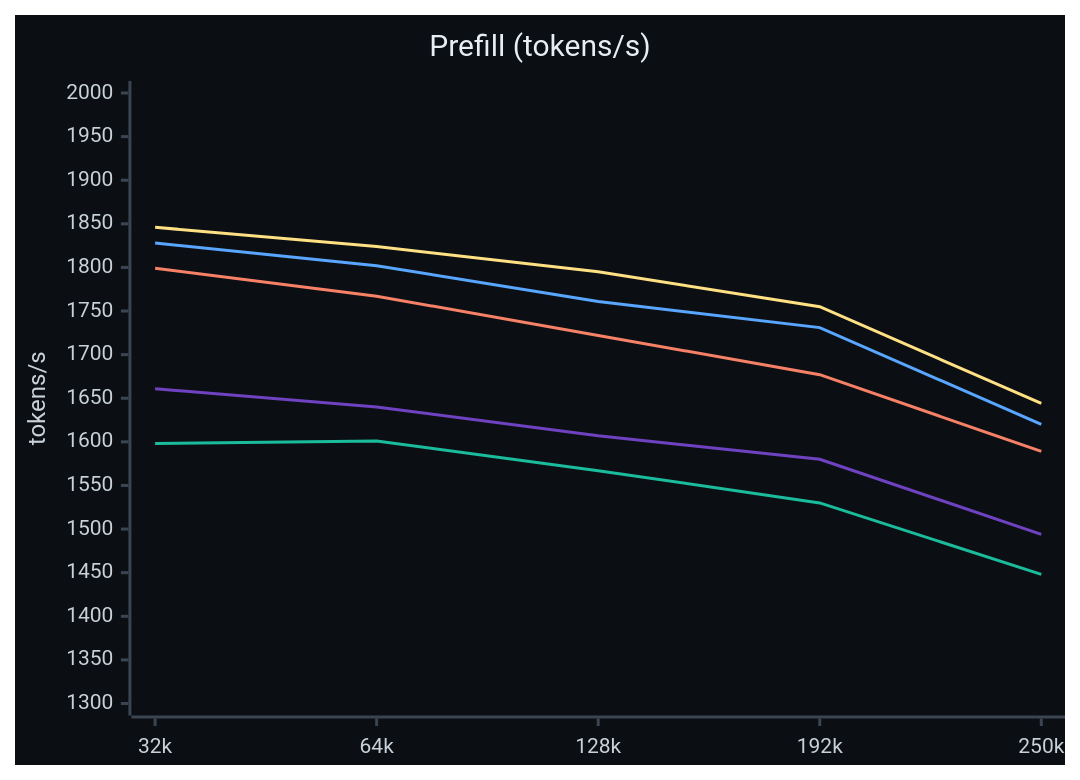
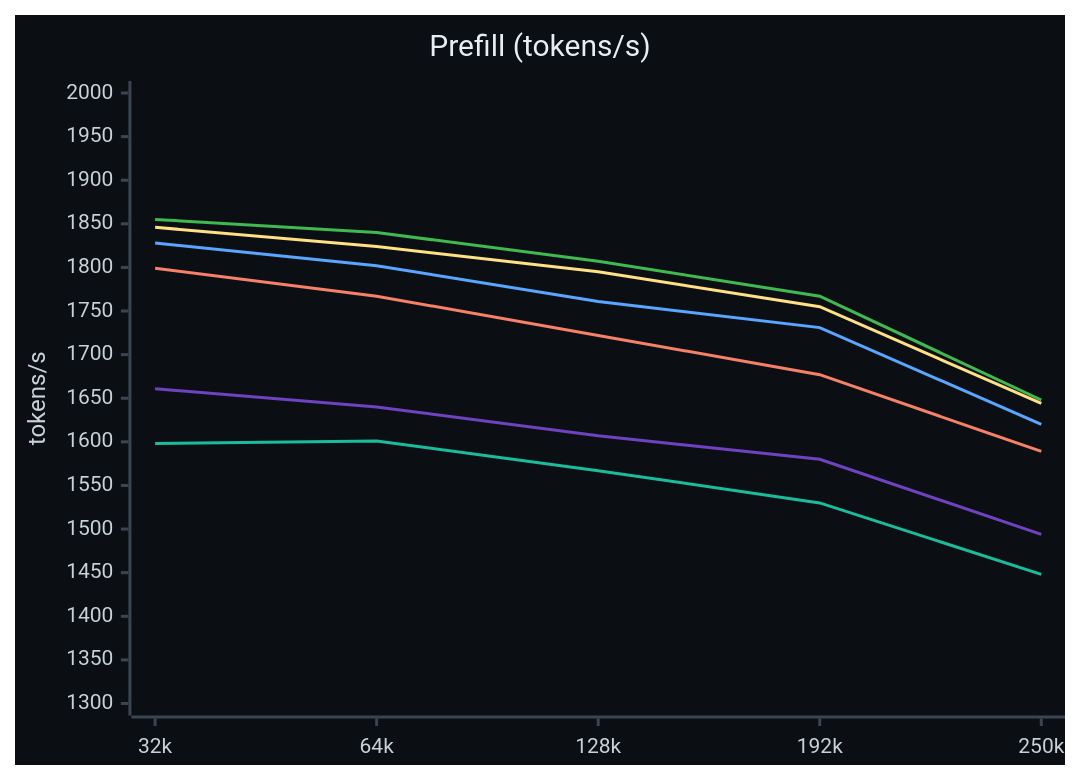
One commit to jaedync/crucible-strix-halo changed the second of 4 diagrams in docs/RESULTS.md. Above: the diagram before and after it, drawn with Mermaid. The commit also changed other lines of this file and 50 other files, not shown here.

````diff
--- a/docs/RESULTS.md
+++ b/docs/RESULTS.md
@@ -104,12 +113,13 @@
 ```mermaid
-%%{init: {"theme": "base", "themeVariables": {"xyChart": {"backgroundColor": "#0b0f14", "titleColor": "#e6edf3", "xAxisLabelColor": "#c9d1d9", "yAxisLabelColor": "#c9d1d9", "xAxisTitleColor": "#c9d1d9", "yAxisTitleColor": "#c9d1d9", "xAxisLineColor": "#3b4552", "yAxisLineColor": "#3b4552", "xAxisTickColor": "#3b4552", "yAxisTickColor": "#3b4552", "plotColorPalette": "#6f42c1, #1abc9c, #f78166, #ffe083, #58a6ff"}}}}%%
+%%{init: {"theme": "base", "themeVariables": {"xyChart": {"backgroundColor": "#0b0f14", "titleColor": "#e6edf3", "xAxisLabelColor": "#c9d1d9", "yAxisLabelColor": "#c9d1d9", "xAxisTitleColor": "#c9d1d9", "yAxisTitleColor": "#c9d1d9", "xAxisLineColor": "#3b4552", "yAxisLineColor": "#3b4552", "xAxisTickColor": "#3b4552", "yAxisTickColor": "#3b4552", "plotColorPalette": "#6f42c1, #1abc9c, #f78166, #ffe083, #58a6ff, #3fb950"}}}}%%
 xychart-beta
     title "Prefill (tokens/s)"
     x-axis ["32k", "64k", "128k", "192k", "250k"]
     y-axis "tokens/s" 1300 --> 2000
     line [1661, 1640, 1607, 1580, 1494]
     line [1598, 1601, 1567, 1530, 1448]
     line [1799, 1767, 1722, 1677, 1589]
     line [1846, 1824, 1795, 1755, 1644]
     line [1828, 1802, 1761, 1731, 1620]
+    line [1855, 1840, 1807, 1767, 1648]
 ```
````
